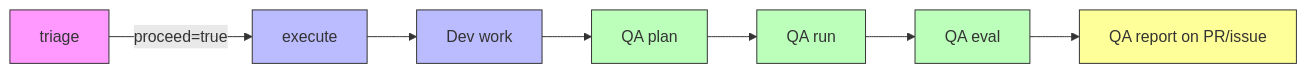
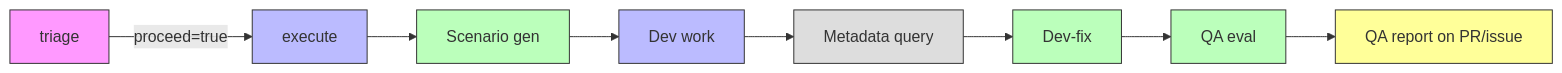
One commit to ktopolska/salesforce-ai-tools-qa-extension changed the diagram in docs/qa-pipeline.md. Above: the diagram before and after it, drawn with Mermaid. The commit also changed other lines of this file and 5 other files, not shown here.

First line of the commit message:
feat: restructure QA into integrated scenario loop with dev-fix

````diff
--- a/docs/qa-pipeline.md
+++ b/docs/qa-pipeline.md
@@ -20,17 +20,19 @@
 ```mermaid
 graph LR
     T[triage] -->|proceed=true| E[execute]
-    E --> D[Dev work]
-    D --> QP[QA plan]
-    QP --> QR[QA run]
-    QR --> QE[QA eval]
+    E --> SG[Scenario gen]
+    SG --> D[Dev work]
+    D --> M[Metadata query]
+    M --> DF[Dev-fix]
+    DF --> QE[QA eval]
     QE --> R[QA report on PR/issue]
 
     style T fill:#f9f,stroke:#333
     style E fill:#bbf,stroke:#333
+    style SG fill:#bfb,stroke:#333
     style D fill:#bbf,stroke:#333
-    style QP fill:#bfb,stroke:#333
-    style QR fill:#bfb,stroke:#333
+    style M fill:#ddd,stroke:#333
+    style DF fill:#bfb,stroke:#333
     style QE fill:#bfb,stroke:#333
     style R fill:#ff9,stroke:#333
 ```
````
